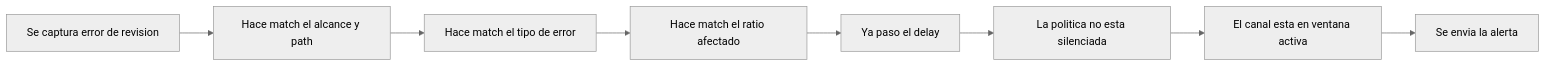
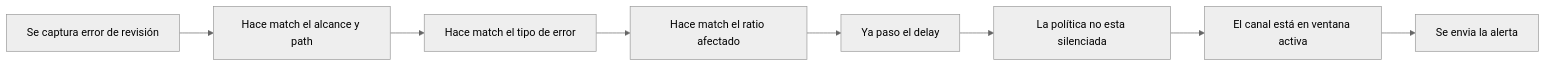
Before and after one commit to Moonin-Lab/Moonin-Docs: the second of 4 diagrams in src/content/docs/es/policies/index.md, drawn with Mermaid (neutral theme). The commit also changed other lines of this file and 84 other files, not shown here.

````diff
--- a/src/content/docs/es/policies/index.md
+++ b/src/content/docs/es/policies/index.md
@@ -52,13 +52,13 @@
 ```mermaid
 flowchart LR
-    A[Se captura error de revision]
+    A[Se captura error de revisión]
     B[Hace match el alcance y path]
     C[Hace match el tipo de error]
     D[Hace match el ratio afectado]
     E[Ya paso el delay]
-    F[La politica no esta silenciada]
-    G[El canal esta en ventana activa]
+    F[La política no esta silenciada]
+    G[El canal está en ventana activa]
     H[Se envia la alerta]
 
     A --> B --> C --> D --> E --> F --> G --> H
 ```
````
